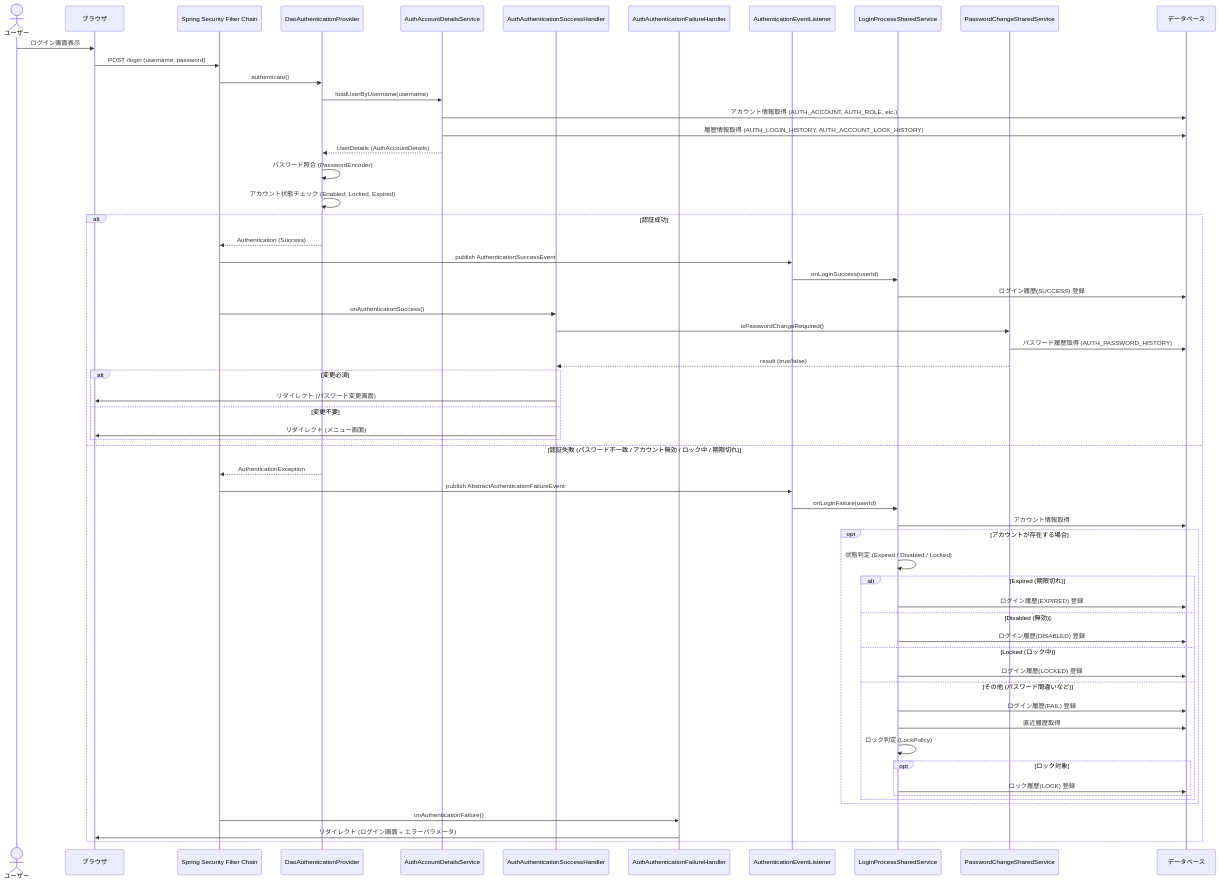
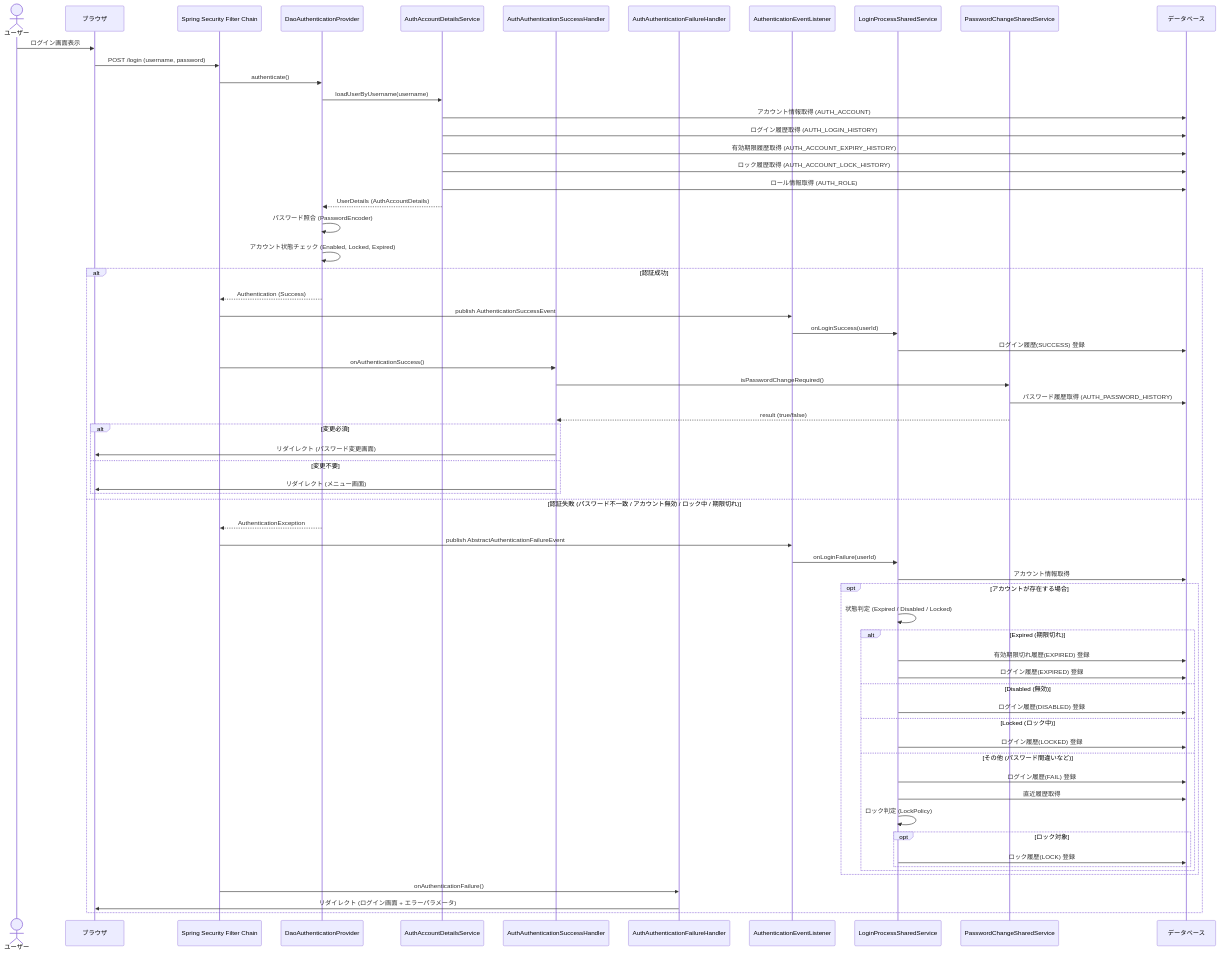
Before and after one commit to myou0801/web-site-architecture: the second of 2 diagrams in sample-ec-site/ec-site/doc/AP基盤/オンライン設計/ログイン認証.md, drawn with Mermaid. The commit also changed other lines of this file and 17 other files, not shown here.

````diff
--- a/sample-ec-site/ec-site/doc/AP基盤/オンライン設計/ログイン認証.md
+++ b/sample-ec-site/ec-site/doc/AP基盤/オンライン設計/ログイン認証.md
@@ -76,74 +83,78 @@
 ```mermaid
 sequenceDiagram
     actor User as ユーザー
     participant Browser as ブラウザ
     participant Filter as Spring Security Filter Chain
     participant Provider as DaoAuthenticationProvider
     participant UserDetailsService as AuthAccountDetailsService
     participant SuccessHandler as AuthAuthenticationSuccessHandler
     participant FailureHandler as AuthAuthenticationFailureHandler
     participant EventListener as AuthenticationEventListener
     participant SharedService as LoginProcessSharedService
     participant PwdService as PasswordChangeSharedService
     participant DB as データベース
 
     User->>Browser: ログイン画面表示
     Browser->>Filter: POST /login (username, password)
     
     Filter->>Provider: authenticate()
     
     Provider->>UserDetailsService: loadUserByUsername(username)
-    UserDetailsService->>DB: アカウント情報取得 (AUTH_ACCOUNT, AUTH_ROLE, etc.)
-    UserDetailsService->>DB: 履歴情報取得 (AUTH_LOGIN_HISTORY, AUTH_ACCOUNT_LOCK_HISTORY)
+    UserDetailsService->>DB: アカウント情報取得 (AUTH_ACCOUNT)
+    UserDetailsService->>DB: ログイン履歴取得 (AUTH_LOGIN_HISTORY)
+    UserDetailsService->>DB: 有効期限履歴取得 (AUTH_ACCOUNT_EXPIRY_HISTORY)
+    UserDetailsService->>DB: ロック履歴取得 (AUTH_ACCOUNT_LOCK_HISTORY)
+    UserDetailsService->>DB: ロール情報取得 (AUTH_ROLE)
     UserDetailsService-->>Provider: UserDetails (AuthAccountDetails)
     
     Provider->>Provider: パスワード照合 (PasswordEncoder)
     Provider->>Provider: アカウント状態チェック (Enabled, Locked, Expired)
 
     alt 認証成功
         Provider-->>Filter: Authentication (Success)
         Filter->>EventListener: publish AuthenticationSuccessEvent
         EventListener->>SharedService: onLoginSuccess(userId)
         SharedService->>DB: ログイン履歴(SUCCESS) 登録
         
         Filter->>SuccessHandler: onAuthenticationSuccess()
         SuccessHandler->>PwdService: isPasswordChangeRequired()
         PwdService->>DB: パスワード履歴取得 (AUTH_PASSWORD_HISTORY)
         PwdService-->>SuccessHandler: result (true/false)
         
         alt 変更必須
              SuccessHandler->>Browser: リダイレクト (パスワード変更画面)
         else 変更不要
              SuccessHandler->>Browser: リダイレクト (メニュー画面)
         end
 
     else 認証失敗 (パスワード不一致 / アカウント無効 / ロック中 / 期限切れ)
         Provider-->>Filter: AuthenticationException
         Filter->>EventListener: publish AbstractAuthenticationFailureEvent
         EventListener->>SharedService: onLoginFailure(userId)
         
         SharedService->>DB: アカウント情報取得
         
         opt アカウントが存在する場合
             SharedService->>SharedService: 状態判定 (Expired / Disabled / Locked)
             
             alt Expired (期限切れ)
+                SharedService->>DB: 有効期限切れ履歴(EXPIRED) 登録
                 SharedService->>DB: ログイン履歴(EXPIRED) 登録
             else Disabled (無効)
                 SharedService->>DB: ログイン履歴(DISABLED) 登録
             else Locked (ロック中)
                 SharedService->>DB: ログイン履歴(LOCKED) 登録
             else その他 (パスワード間違いなど)
                 SharedService->>DB: ログイン履歴(FAIL) 登録
                 SharedService->>DB: 直近履歴取得
                 SharedService->>SharedService: ロック判定 (LockPolicy)
                 opt ロック対象
                     SharedService->>DB: ロック履歴(LOCK) 登録
                 end
             end
         end
 
         Filter->>FailureHandler: onAuthenticationFailure()
         FailureHandler->>Browser: リダイレクト (ログイン画面 + エラーパラメータ)
     end
 ```
````
